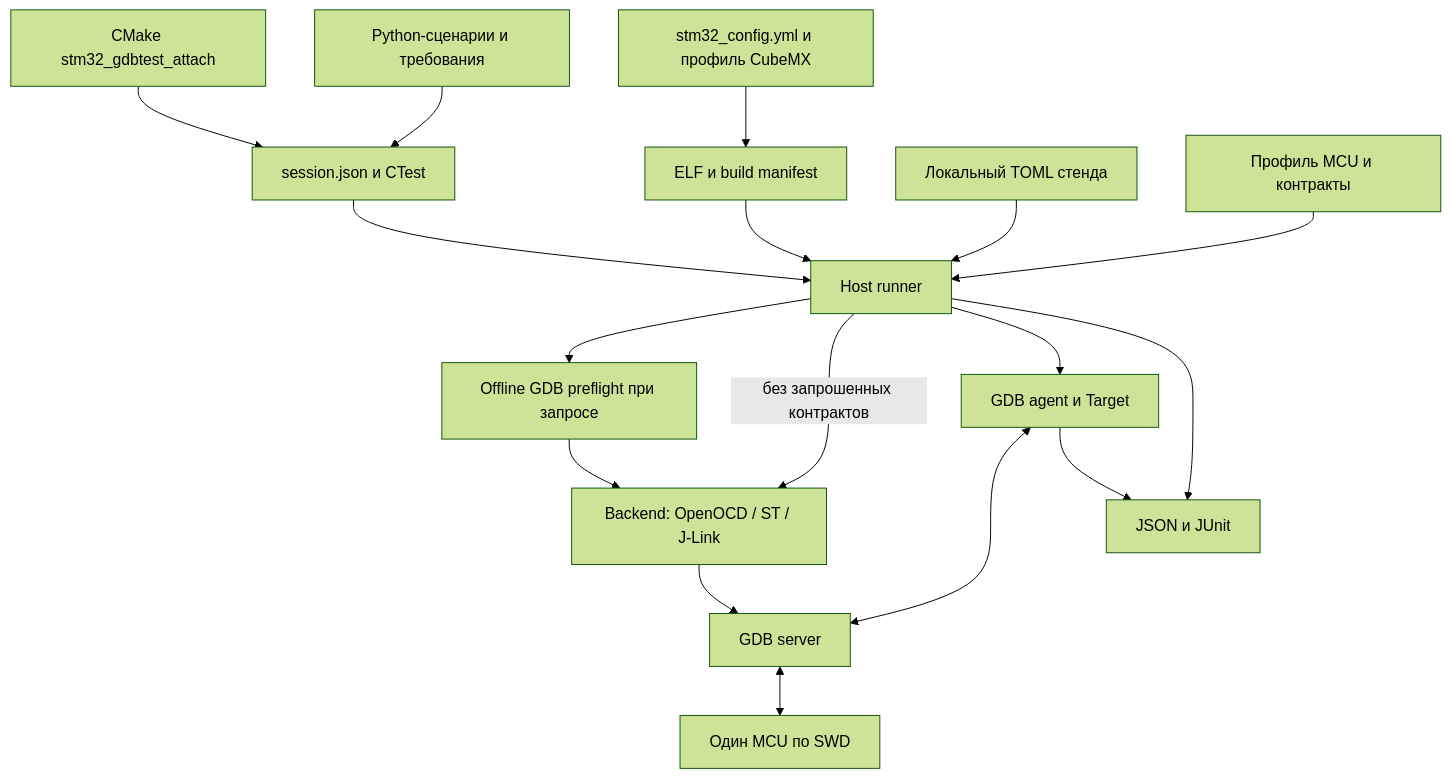
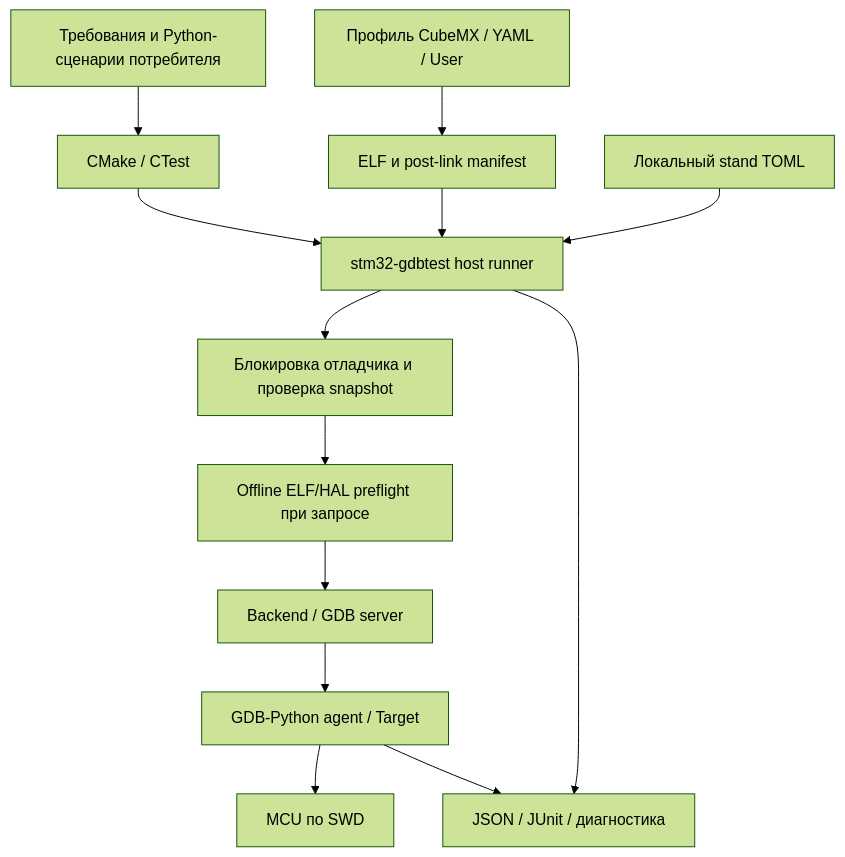
The diagram in docs/HWTEST_ARCHITECTURE_V2.md (ViacheslavMezentsev/stm32-hwtest-blackpill), drawn with Mermaid (forest theme) before and after one commit. The commit also changed other lines of this file and 24 other files, not shown here.

````diff
--- a/docs/HWTEST_ARCHITECTURE_V2.md
+++ b/docs/HWTEST_ARCHITECTURE_V2.md
@@ -52,19 +25,15 @@
 ```mermaid
 flowchart TD
-    Y[stm32_config.yml и профиль CubeMX] --> FW[ELF и build manifest]
-    C[CMake stm32_gdbtest_attach] --> S[session.json и CTest]
-    T[Python-сценарии и требования] --> S
-    S --> R[Host runner]
-    B[Локальный TOML стенда] --> R
-    P[Профиль MCU и контракты] --> R
-    FW --> R
-    R --> O[Offline GDB preflight при запросе]
-    O --> K[Backend: OpenOCD / ST / J-Link]
-    R -->|без запрошенных контрактов| K
-    K --> GS[GDB server]
-    R --> A[GDB agent и Target]
-    A <--> GS
-    GS <--> MCU[Один MCU по SWD]
-    A --> J[JSON и JUnit]
+    P[Профиль CubeMX / YAML / User] --> E[ELF и post-link manifest]
+    T[Требования и Python-сценарии потребителя] --> C[CMake / CTest]
+    C --> R[stm32-gdbtest host runner]
+    E --> R
+    S[Локальный stand TOML] --> R
+    R --> L[Блокировка отладчика и проверка snapshot]
+    L --> O[Offline ELF/HAL preflight при запросе]
+    O --> B[Backend / GDB server]
+    B --> A[GDB-Python agent / Target]
+    A --> M[MCU по SWD]
+    A --> J[JSON / JUnit / диагностика]
     R --> J
 ```
````
